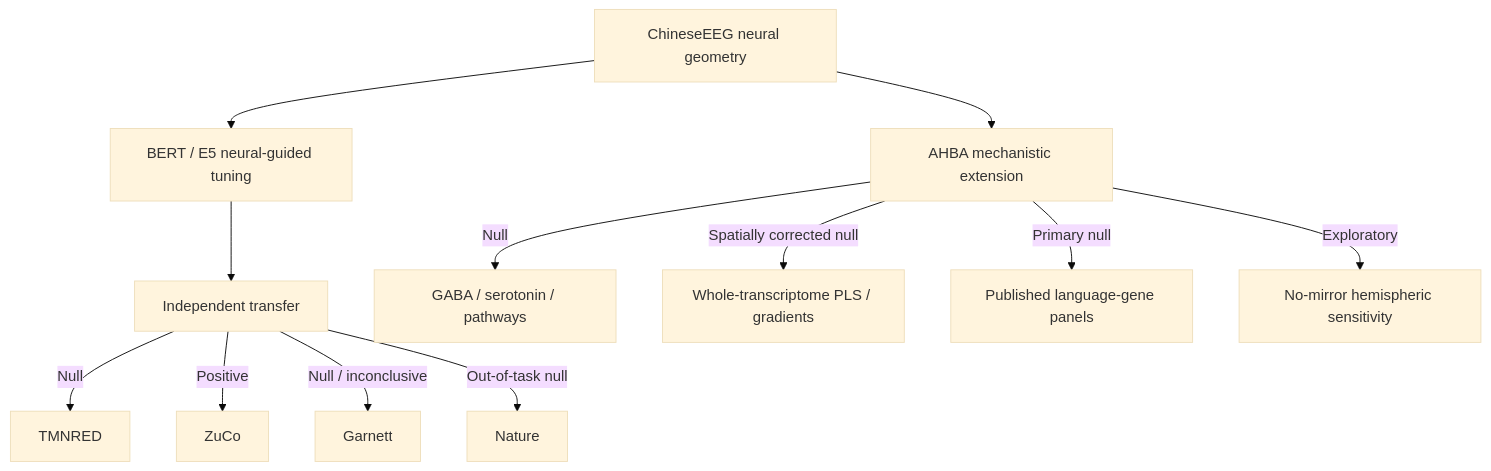
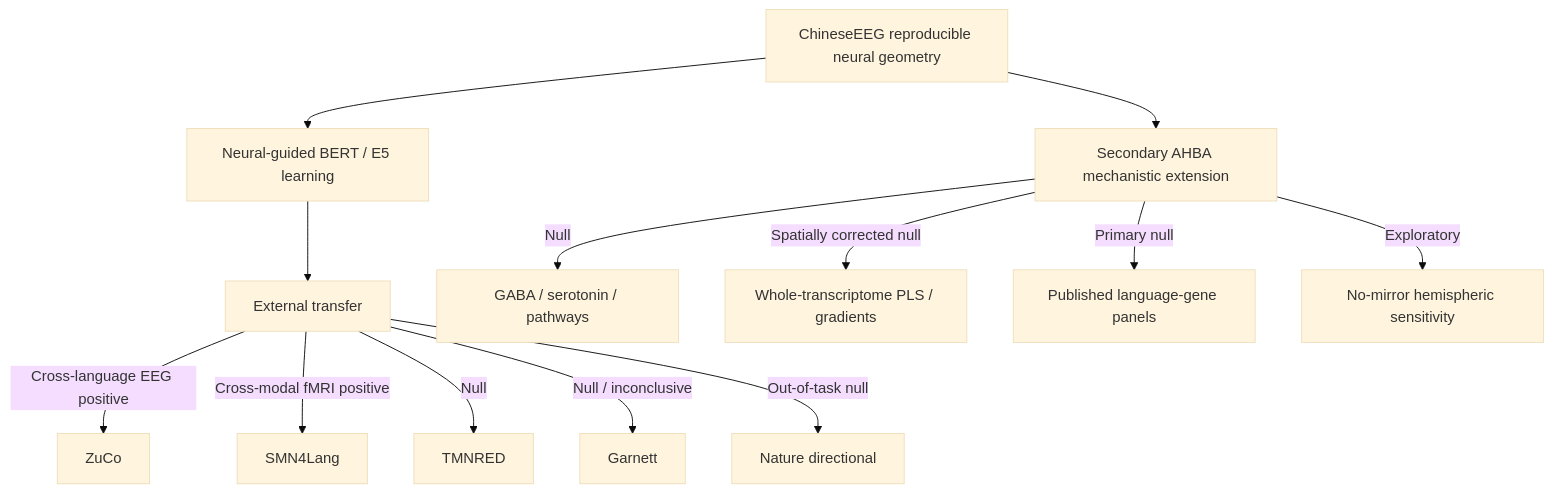
One commit to vafaei-ar/NeuroSem changed the diagram in docs/3_RESULTS_AND_COMPARISONS.md. Above: the diagram before and after it, drawn with Mermaid (base theme). The commit also changed other lines of this file, not shown here.

Commit message:
Update results summary with SMN4Lang fMRI validation

````diff
--- a/docs/3_RESULTS_AND_COMPARISONS.md
+++ b/docs/3_RESULTS_AND_COMPARISONS.md
@@ -20,15 +21,16 @@
 ```mermaid
 flowchart TD
-    A[ChineseEEG neural geometry] --> B[BERT / E5 neural-guided tuning]
-    B --> C[Independent transfer]
-    C -->|Null| C1[TMNRED]
-    C -->|Positive| C2[ZuCo]
-    C -->|Null / inconclusive| C3[Garnett]
-    C -->|Out-of-task null| C4[Nature]
+    A[ChineseEEG reproducible neural geometry] --> B[Neural-guided BERT / E5 learning]
+    B --> C[External transfer]
+    C -->|Cross-language EEG positive| C1[ZuCo]
+    C -->|Cross-modal fMRI positive| C2[SMN4Lang]
+    C -->|Null| C3[TMNRED]
+    C -->|Null / inconclusive| C4[Garnett]
+    C -->|Out-of-task null| C5[Nature directional]
 
-    A --> M[AHBA mechanistic extension]
+    A --> M[Secondary AHBA mechanistic extension]
     M -->|Null| M1[GABA / serotonin / pathways]
     M -->|Spatially corrected null| M2[Whole-transcriptome PLS / gradients]
     M -->|Primary null| M3[Published language-gene panels]
     M -->|Exploratory| M4[No-mirror hemispheric sensitivity]
 ```
````
